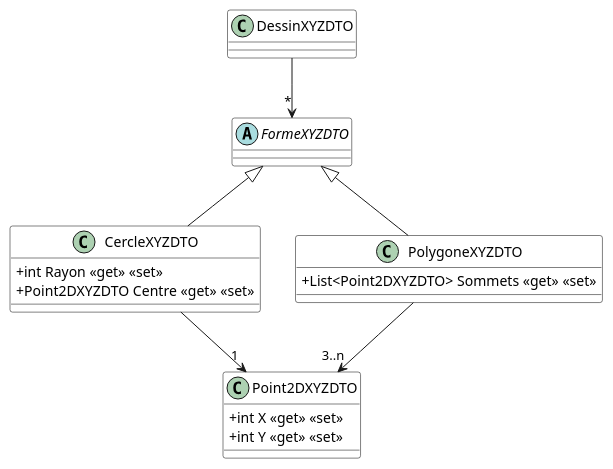
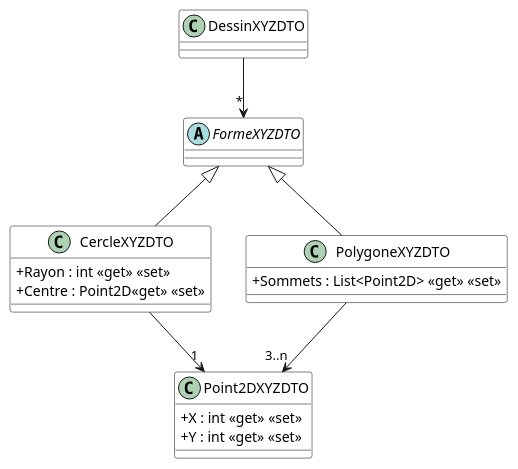
One commit to PiFou86/420-W30-SF changed the diagram in Module06_Formats_Echanges/diag/src/DiagDTO.wsd. Above: the diagram before and after it, drawn with PlantUML. The commit also changed 4 other files, not shown here.

Commit message:
Ajout proposition diagramme

```diff
--- a/Module06_Formats_Echanges/diag/src/DiagDTO.wsd
+++ b/Module06_Formats_Echanges/diag/src/DiagDTO.wsd
@@ -1,33 +1,33 @@
 @startuml DiagDTO
 
 skinparam classAttributeIconSize 0
 skinparam class {
     BackgroundColor White
     BorderColor #000
 }
 
 DessinXYZDTO --> "*" FormeXYZDTO
 FormeXYZDTO <|-- CercleXYZDTO
 FormeXYZDTO <|-- PolygoneXYZDTO
 CercleXYZDTO --> "1" Point2DXYZDTO
 PolygoneXYZDTO --> "3..n" Point2DXYZDTO
 
 class Point2DXYZDTO {
-    + int X <<get>> <<set>>
-    + int Y <<get>> <<set>>
+    + X : int <<get>> <<set>>
+    + Y : int <<get>> <<set>>
 }
 
 abstract FormeXYZDTO {
     
 }
 
 class CercleXYZDTO {
-    + int Rayon <<get>> <<set>>
-    + Point2DXYZDTO Centre <<get>> <<set>>
+    + Rayon : int <<get>> <<set>>
+    + Centre : Point2D<<get>> <<set>>
 }
 
 class PolygoneXYZDTO {
-    + List<Point2DXYZDTO> Sommets <<get>> <<set>>    
+    + Sommets : List<Point2D> <<get>> <<set>>    
 }
 
 @enduml
```
